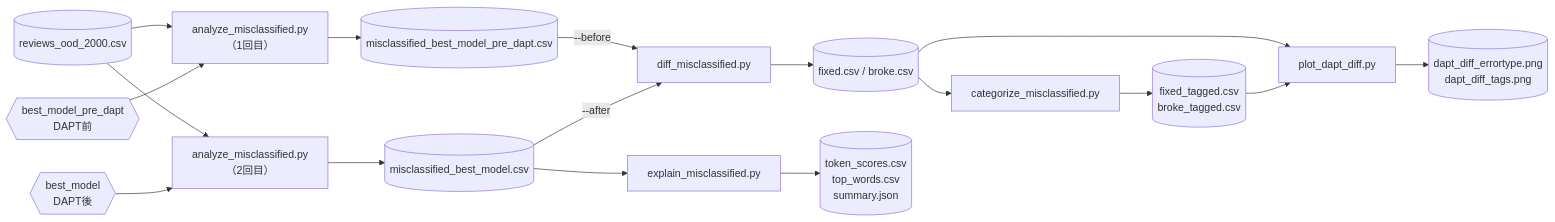
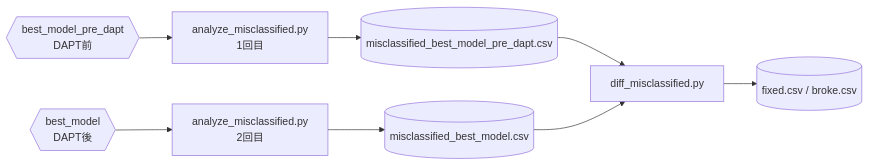
The fifth of 9 diagrams in scripts/README.md (rindguitar/game-demand-forecast), drawn with Mermaid before and after one commit. The commit also changed other lines of this file and 2 other files, not shown here.

First line of the commit message:
docs: READMEの図をディレクトリ単位に分割し、線の交差を減らす

````diff
--- a/scripts/README.md
+++ b/scripts/README.md
@@ -149,28 +123,7 @@
 ```mermaid
 flowchart LR
-    OOD[("reviews_ood_2000.csv")]
-    MPRE{{"best_model_pre_dapt<br/>DAPT前"}}
-    MPOST{{"best_model<br/>DAPT後"}}
-
-    OOD --> A1["analyze_misclassified.py<br/>（1回目）"]
-    MPRE --> A1
-    OOD --> A2["analyze_misclassified.py<br/>（2回目）"]
-    MPOST --> A2
-
-    A1 --> M1[("misclassified_best_model_pre_dapt.csv")]
-    A2 --> M2[("misclassified_best_model.csv")]
-
-    M1 -- "--before" --> DF["diff_misclassified.py"]
-    M2 -- "--after" --> DF
-    DF --> FB[("fixed.csv / broke.csv")]
-
-    FB --> CAT["categorize_misclassified.py"]
-    CAT --> TG[("fixed_tagged.csv<br/>broke_tagged.csv")]
-
-    FB --> PL["plot_dapt_diff.py"]
-    TG --> PL
-    PL --> PNG[("dapt_diff_errortype.png<br/>dapt_diff_tags.png")]
-
-    M2 --> EXP["explain_misclassified.py"]
-    EXP --> TOK[("token_scores.csv<br/>top_words.csv<br/>summary.json")]
+    M1{{"best_model_pre_dapt<br/>DAPT前"}} --> A1["analyze_misclassified.py<br/>1回目"] --> C1[("misclassified_best_model_pre_dapt.csv")]
+    M2{{"best_model<br/>DAPT後"}} --> A2["analyze_misclassified.py<br/>2回目"] --> C2[("misclassified_best_model.csv")]
+    C1 --> DF["diff_misclassified.py"] --> FB[("fixed.csv / broke.csv")]
+    C2 --> DF
 ```
````
